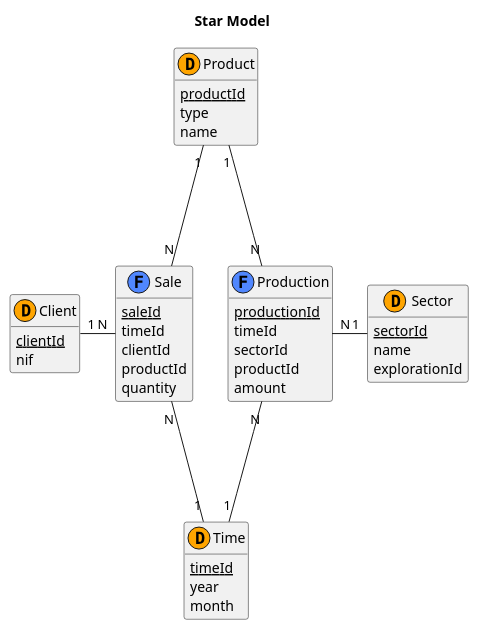
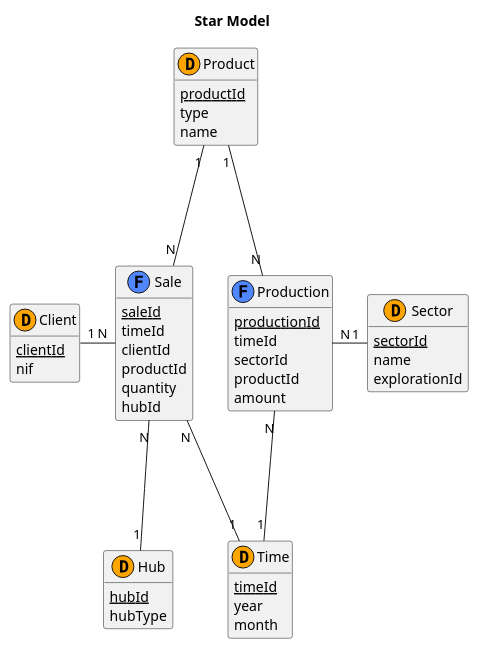
The diagram in sql/docs/US214/Star Model.puml (Barbatos-Rex/LAPR3_22_23), drawn with PlantUML before and after one commit. The commit also changed 4 other files, not shown here.

```diff
--- a/sql/docs/US214/Star Model.puml
+++ b/sql/docs/US214/Star Model.puml
@@ -1,52 +1,60 @@
 @startuml
 title "Star Model"
 
 skinparam linetype pol
 
 hide methods
+
+class Hub <<(D,#FFA500)>>{
+    {static} hubId
+    hubType
+}
+
+
 
 class Production <<(F,#5087FF)>>{
     {static}productionId
     timeId
     sectorId
     productId
     amount
 }
 class Sale <<(F,#5087FF)>>{
     {static} saleId
     timeId
     clientId
     productId
     quantity
+    hubId
 }
 class Time <<(D,#FFA500)>>{
     {static}timeId
     year
     month
 }
 class Client<<(D,#FFA500)>>{
     {static} clientId
     nif
 }
 class Product<<(D,#FFA500)>>{
     {static} productId
     type
     name
 }
 class Sector<<(D,#FFA500)>>{
     {static}sectorId
     name
     explorationId
 }
 
 Production "N" -down-- "1" Time
 Sale "N" -down-- "1" Time
 Sale "N" -up-- "1" Product
 Production "N" -up-- "1" Product
 
 Sale "N" -left "1" Client
 Production "N" -right "1" Sector
-
+Sale "N" --- "1" Hub
 
 
 @enduml
```
